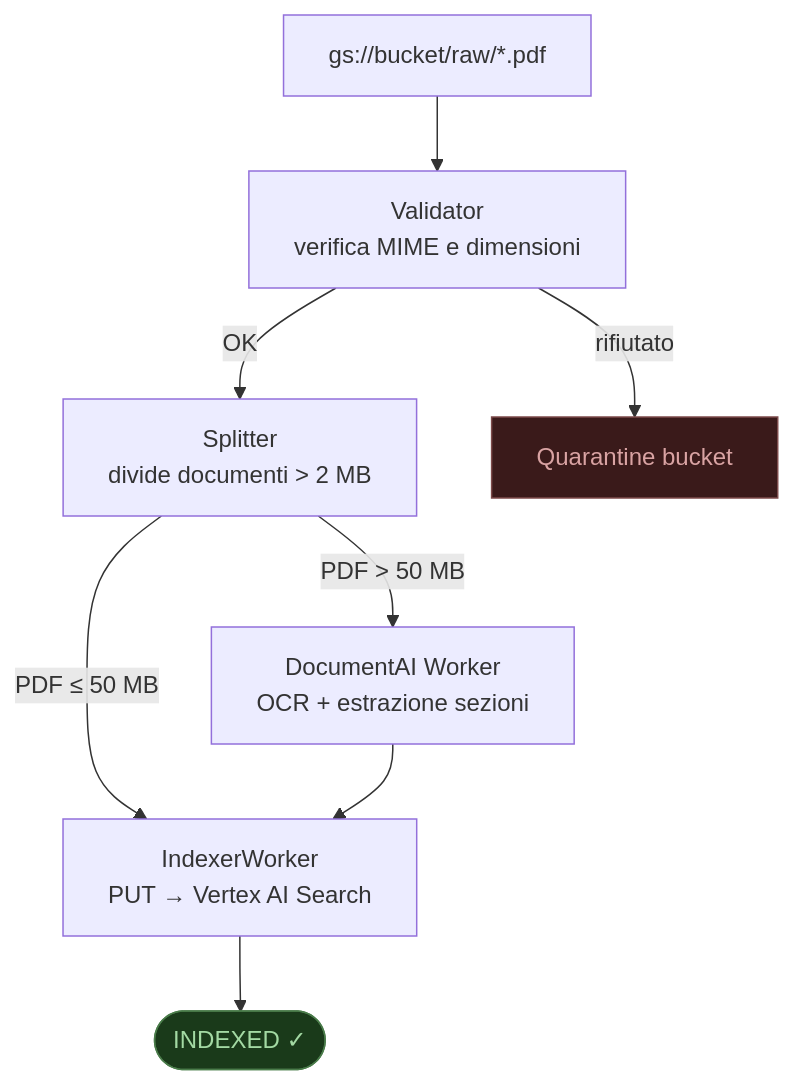
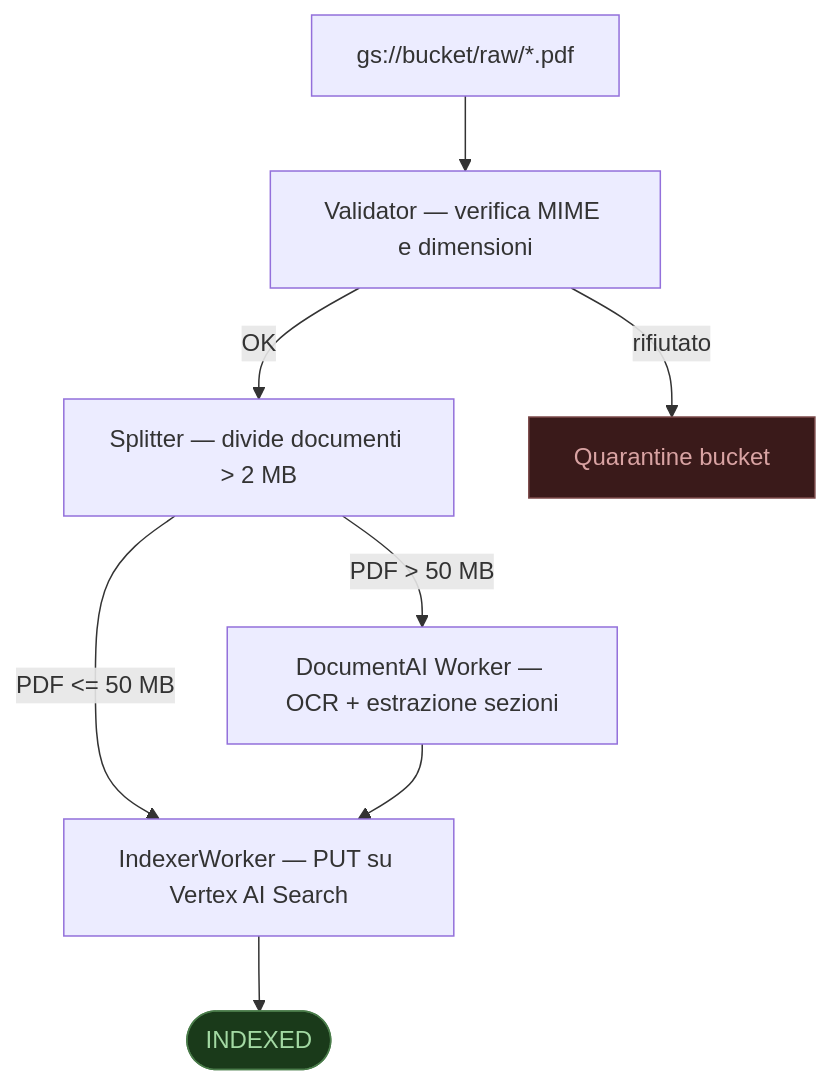
Before and after one commit to 3n1gm496/moby-prince: the third of 4 diagrams in README.md, drawn with Mermaid. The commit also changed other lines of this file, not shown here.

First line of the commit message:
Fix Mermaid diagram syntax errors in README

````diff
--- a/README.md
+++ b/README.md
@@ -197,13 +201,13 @@
 ```mermaid
 flowchart TD
-    GCS["gs://bucket/raw/*.pdf"] --> VAL["Validator\nverifica MIME e dimensioni"]
-    VAL -->|OK| SPL["Splitter\ndivide documenti > 2 MB"]
+    GCS["gs://bucket/raw/*.pdf"] --> VAL["Validator — verifica MIME e dimensioni"]
+    VAL -->|OK| SPL["Splitter — divide documenti > 2 MB"]
     VAL -->|rifiutato| QUAR["Quarantine bucket"]
-    SPL -->|PDF ≤ 50 MB| IDX["IndexerWorker\nPUT → Vertex AI Search"]
-    SPL -->|PDF > 50 MB| DOCAI["DocumentAI Worker\nOCR + estrazione sezioni"]
+    SPL -->|"PDF <= 50 MB"| IDX["IndexerWorker — PUT su Vertex AI Search"]
+    SPL -->|"PDF > 50 MB"| DOCAI["DocumentAI Worker — OCR + estrazione sezioni"]
     DOCAI --> IDX
-    IDX --> DONE(["INDEXED ✓"])
+    IDX --> DONE(["INDEXED"])
 
     style DONE fill:#1a3a1a,stroke:#4a7c4a,color:#a3d9a3
     style QUAR fill:#3a1a1a,stroke:#7c4a4a,color:#d9a3a3
 ```
````
